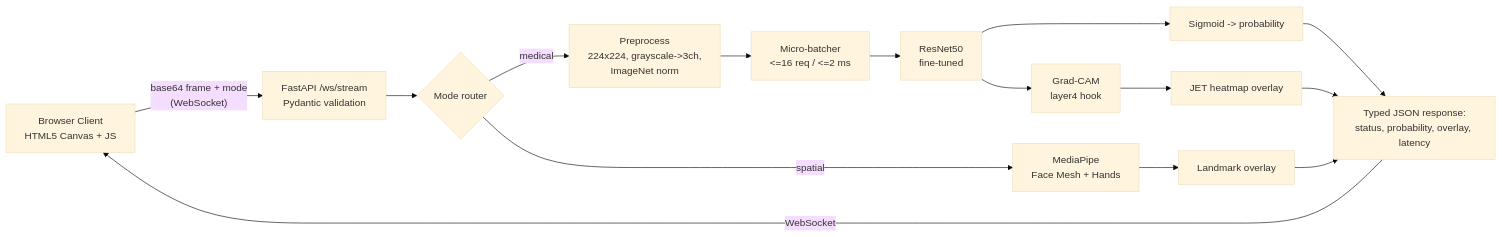
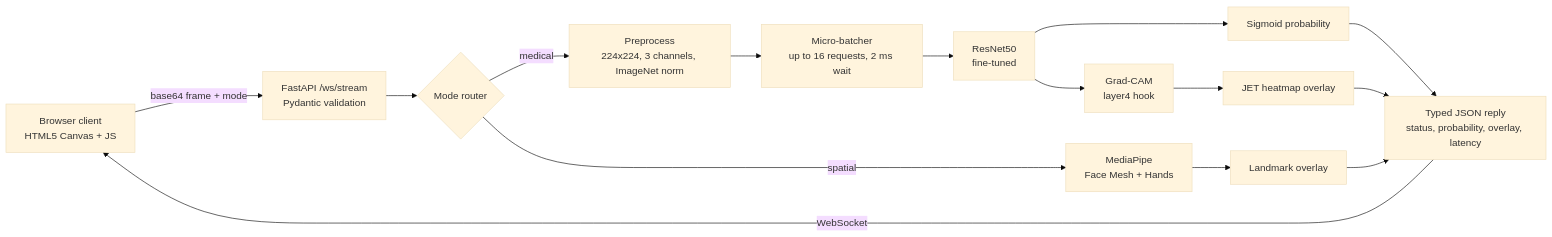
Before and after one commit to farhanitrate0/multimodal-medical-streaming-engine: the diagram in README.md, drawn with Mermaid (base theme). The commit also changed other lines of this file and 1 other file, not shown here.

````diff
--- a/README.md
+++ b/README.md
@@ -128,15 +48,17 @@
 ```mermaid
 flowchart LR
-    A[Browser Client<br/>HTML5 Canvas + JS] -- "base64 frame + mode<br/>(WebSocket)" --> B[FastAPI /ws/stream<br/>Pydantic validation]
-    B --> C{Mode router}
-    C -- medical --> D[Preprocess<br/>224x224, grayscale->3ch,<br/>ImageNet norm]
-    D --> Q[Micro-batcher<br/><=16 req / <=2 ms]
-    Q --> E[ResNet50<br/>fine-tuned]
-    E --> F[Sigmoid -> probability]
-    E --> G[Grad-CAM<br/>layer4 hook]
-    G --> H[JET heatmap overlay]
-    C -- spatial --> I[MediaPipe<br/>Face Mesh + Hands]
-    I --> J[Landmark overlay]
-    F & H & J --> K[Typed JSON response:<br/>status, probability, overlay, latency]
-    K -- WebSocket --> A
+    A["Browser client<br/>HTML5 Canvas + JS"] -->|"base64 frame + mode"| B["FastAPI /ws/stream<br/>Pydantic validation"]
+    B --> C{"Mode router"}
+    C -->|medical| D["Preprocess<br/>224x224, 3 channels, ImageNet norm"]
+    D --> Q["Micro-batcher<br/>up to 16 requests, 2 ms wait"]
+    Q --> E["ResNet50<br/>fine-tuned"]
+    E --> F["Sigmoid probability"]
+    E --> G["Grad-CAM<br/>layer4 hook"]
+    G --> H["JET heatmap overlay"]
+    C -->|spatial| I["MediaPipe<br/>Face Mesh + Hands"]
+    I --> J["Landmark overlay"]
+    F --> K["Typed JSON reply<br/>status, probability, overlay, latency"]
+    H --> K
+    J --> K
+    K -->|WebSocket| A
 ```
````
